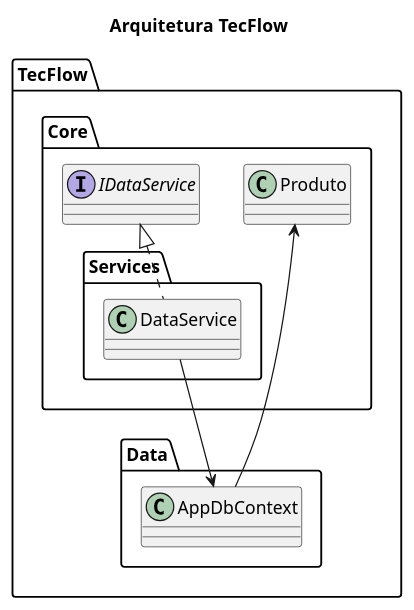
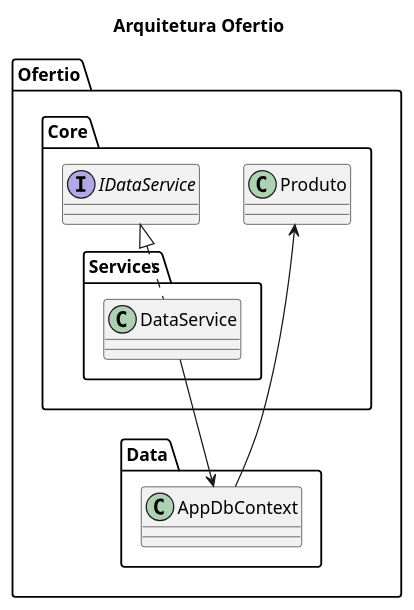
Before and after one commit to ronyaraujodeveloper/TecFlow: the diagram in Architecture.puml, drawn with PlantUML. The commit also changed 2495 other files, not shown here.

First line of the commit message:
refactor!: migra marca TecFlow para Ofertio

```diff
--- a/Architecture.puml
+++ b/Architecture.puml
@@ -1,20 +1,20 @@
 @startuml
-title Arquitetura TecFlow
+title Arquitetura Ofertio
 
-package "TecFlow.Core" {
+package "Ofertio.Core" {
   interface IDataService
   class Produto
 }
 
-package "TecFlow.Data" {
+package "Ofertio.Data" {
   class AppDbContext
 }
 
-package "TecFlow.Core.Services" {
+package "Ofertio.Core.Services" {
   class DataService
 }
 
 IDataService <|.. DataService
 DataService --> AppDbContext
 AppDbContext --> Produto
 @enduml
```
